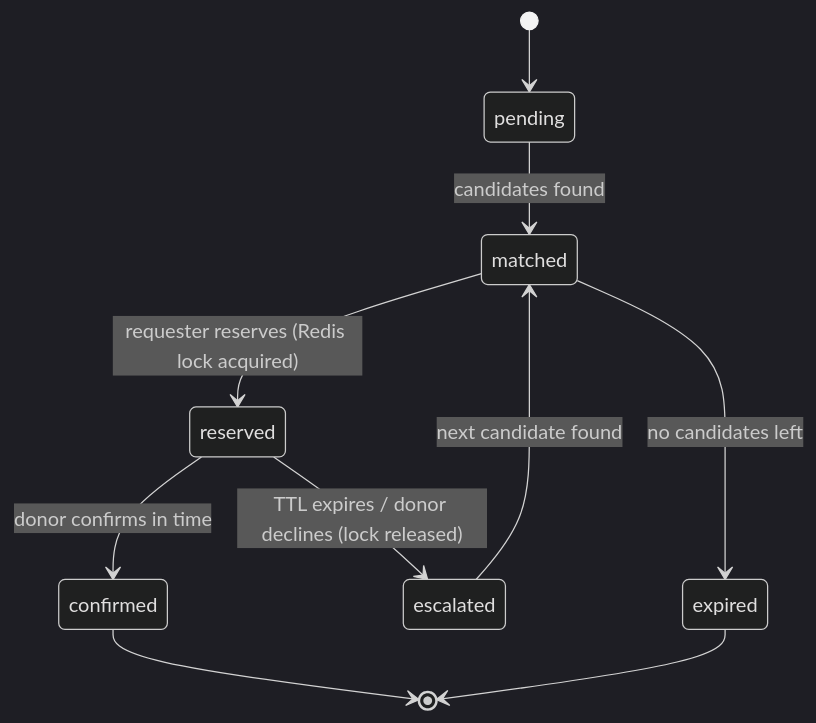
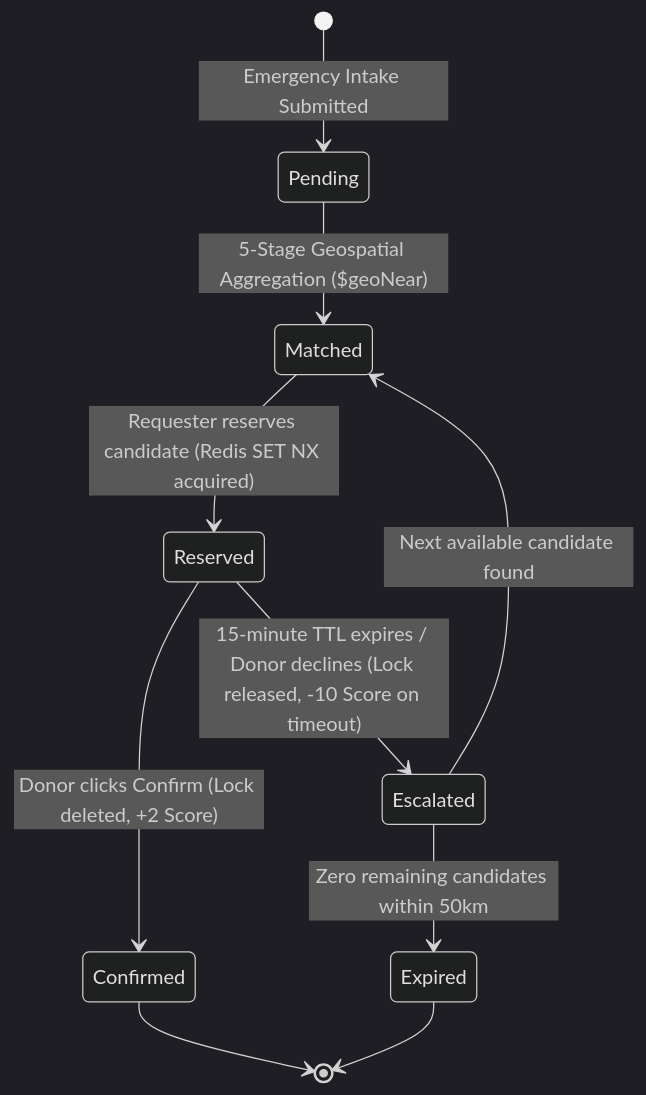
One commit to MayankSharma-2812/Lifeline changed the diagram in docs/LLD.md. Above: the diagram before and after it, drawn with Mermaid (dark theme). The commit also changed other lines of this file and 2 other files, not shown here.

Commit message:
docs: update PRD, HLD, and LLD with exhaustive architecture, schemas, and concept mappings

````diff
--- a/docs/LLD.md
+++ b/docs/LLD.md
@@ -191,12 +317,15 @@
 ```mermaid
 stateDiagram-v2
-    [*] --> pending
-    pending --> matched: candidates found
-    matched --> reserved: requester reserves (Redis lock acquired)
-    reserved --> confirmed: donor confirms in time
-    reserved --> escalated: TTL expires / donor declines (lock released)
-    escalated --> matched: next candidate found
-    matched --> expired: no candidates left
-    confirmed --> [*]
-    expired --> [*]
+    [*] --> Pending: Emergency Intake Submitted
+    Pending --> Matched: 5-Stage Geospatial Aggregation ($geoNear)
+    Matched --> Reserved: Requester reserves candidate (Redis SET NX acquired)
+    
+    Reserved --> Confirmed: Donor clicks Confirm (Lock deleted, +2 Score)
+    Reserved --> Escalated: 15-minute TTL expires / Donor declines (Lock released, -10 Score on timeout)
+    
+    Escalated --> Matched: Next available candidate found
+    Escalated --> Expired: Zero remaining candidates within 50km
+    
+    Confirmed --> [*]
+    Expired --> [*]
 ```
````
